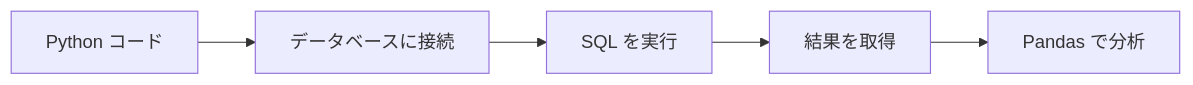
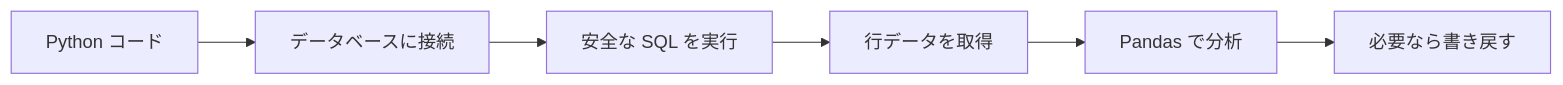
Before and after one commit to oudbiao/AI-fullstack-course: the first of 2 diagrams in i18n/ja/docusaurus-plugin-content-docs/current/ch03-data-analysis/ch05-database/03-python-db.md, drawn with Mermaid. The commit also changed other lines of this file and 8 other files, not shown here.

````diff
--- a/i18n/ja/docusaurus-plugin-content-docs/current/ch03-data-analysis/ch05-database/03-python-db.md
+++ b/i18n/ja/docusaurus-plugin-content-docs/current/ch03-data-analysis/ch05-database/03-python-db.md
@@ -43,7 +46,8 @@
 ```mermaid
 flowchart LR
     A["Python コード"] --> B["データベースに接続"]
-    B --> C["SQL を実行"]
-    C --> D["結果を取得"]
+    B --> C["安全な SQL を実行"]
+    C --> D["行データを取得"]
     D --> E["Pandas で分析"]
+    E --> F["必要なら書き戻す"]
 ```
````
